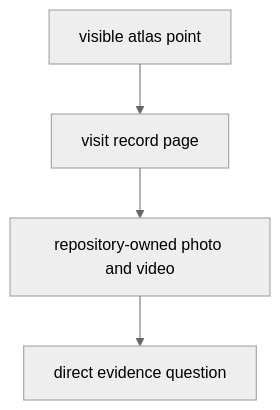
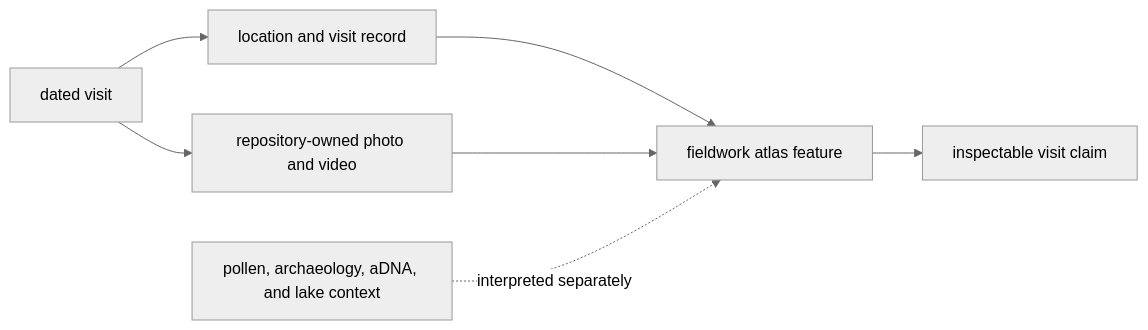
One commit to bijux/bijux-pollenomics changed the diagram in docs/public/fieldwork/index.md. Above: the diagram before and after it, drawn with Mermaid (neutral theme). The commit also changed other lines of this file and 4 other files, not shown here.

Commit message:
docs(fieldwork): bound visit evidence and operations

````diff
--- a/docs/public/fieldwork/index.md
+++ b/docs/public/fieldwork/index.md
@@ -25,11 +19,9 @@
 ```mermaid
-flowchart TB
-    atlas["visible atlas point"]
-    visit["visit record page"]
-    media["repository-owned photo and video"]
-    reader["direct evidence question"]
-
-    atlas --> visit
-    visit --> media
-    media --> reader
+flowchart LR
+    Visit["dated visit"] --> Record["location and visit record"]
+    Visit --> Media["repository-owned photo and video"]
+    Record --> Point["fieldwork atlas feature"]
+    Media --> Point
+    Point --> Claim["inspectable visit claim"]
+    Context["pollen, archaeology, aDNA, and lake context"] -. interpreted separately .-> Point
 ```
````
